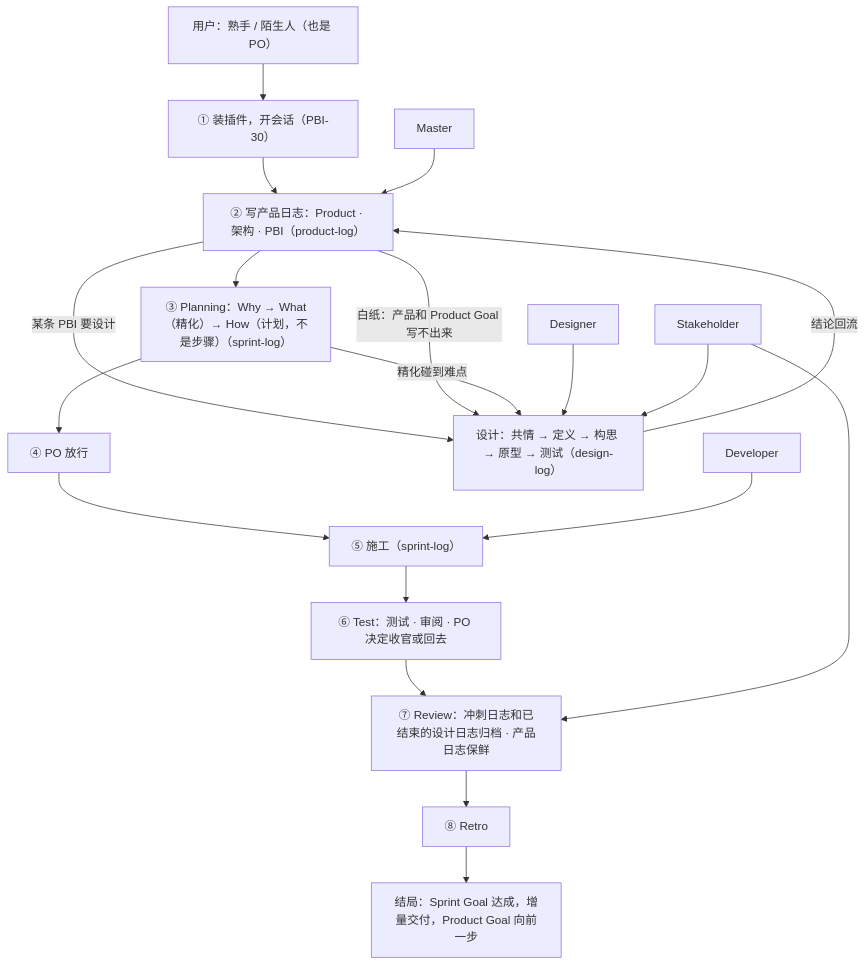
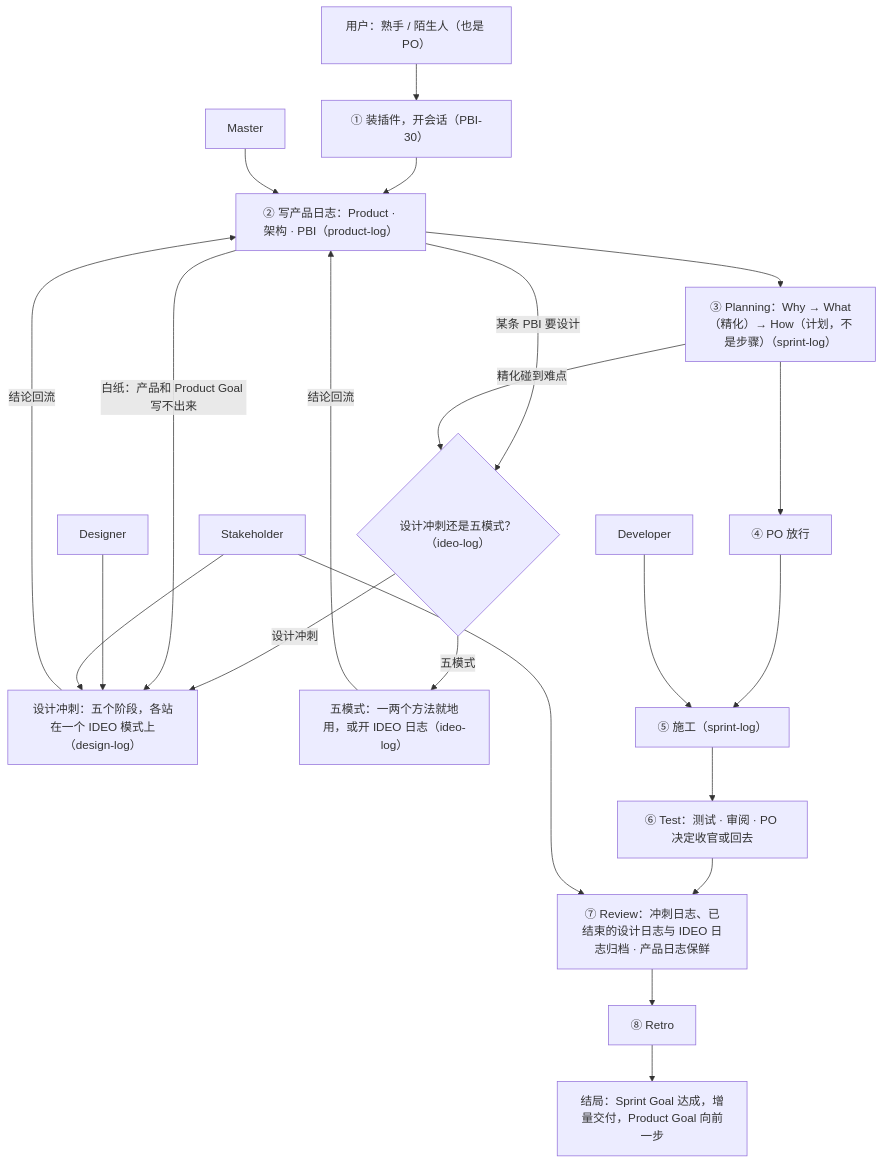
One commit to seapawn1/IDEO-Scrum changed the diagram in scrum/ProductBacklog.md. Above: the diagram before and after it, drawn with Mermaid. The commit also changed other lines of this file and 26 other files, not shown here.

Commit message:
docs(Sprint 17): 收官——Review（冲刺日志归档；产品日志保鲜：54/58/56/53/52 移 3.2，登记 PBI-59，46/30 备注，架构图加分界；README 去掉「按 IDEO 五阶段组织」的混说、展开 SGEP；CLAUDE.md 状态、测试通道合成一处、描述上限）与 Retro；发版 v6.0.0（Sprint 16、17 一起）

````diff
--- a/scrum/ProductBacklog.md
+++ b/scrum/ProductBacklog.md
@@ -62,26 +62,29 @@
 ```mermaid
 flowchart TD
     U["用户：熟手 / 陌生人（也是 PO）"]
     M["Master"]
     D["Developer"]
     G["Designer"]
     S["Stakeholder"]
     U --> A["① 装插件，开会话（PBI-30）"]
     A --> B["② 写产品日志：Product · 架构 · PBI（product-log）"]
     M --> B
     B --> C["③ Planning：Why → What（精化）→ How（计划，不是步骤）（sprint-log）"]
-    B -- "某条 PBI 要设计" --> X["设计：共情 → 定义 → 构思 → 原型 → 测试（design-log）"]
+    B -- "某条 PBI 要设计" --> X0{"设计冲刺还是五模式？（ideo-log）"}
+    X0 -- "设计冲刺" --> X["设计冲刺：五个阶段，各站在一个 IDEO 模式上（design-log）"]
+    X0 -- "五模式" --> I["五模式：一两个方法就地用，或开 IDEO 日志（ideo-log）"]
     B -- "白纸：产品和 Product Goal 写不出来" --> X
-    C -- "精化碰到难点" --> X
+    C -- "精化碰到难点" --> X0
     G --> X
     S --> X
     X -- "结论回流" --> B
+    I -- "结论回流" --> B
     C --> P["④ PO 放行"]
     P --> W["⑤ 施工（sprint-log）"]
     D --> W
     W --> R["⑥ Test：测试 · 审阅 · PO 决定收官或回去"]
-    R --> V["⑦ Review：冲刺日志和已结束的设计日志归档 · 产品日志保鲜"]
+    R --> V["⑦ Review：冲刺日志、已结束的设计日志与 IDEO 日志归档 · 产品日志保鲜"]
     S --> V
     V --> T["⑧ Retro"]
     T --> E["结局：Sprint Goal 达成，增量交付，Product Goal 向前一步"]
 ```
````
